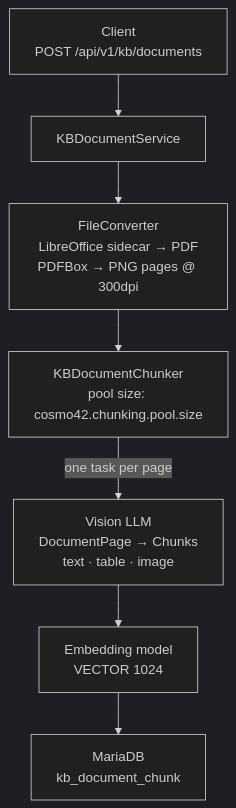
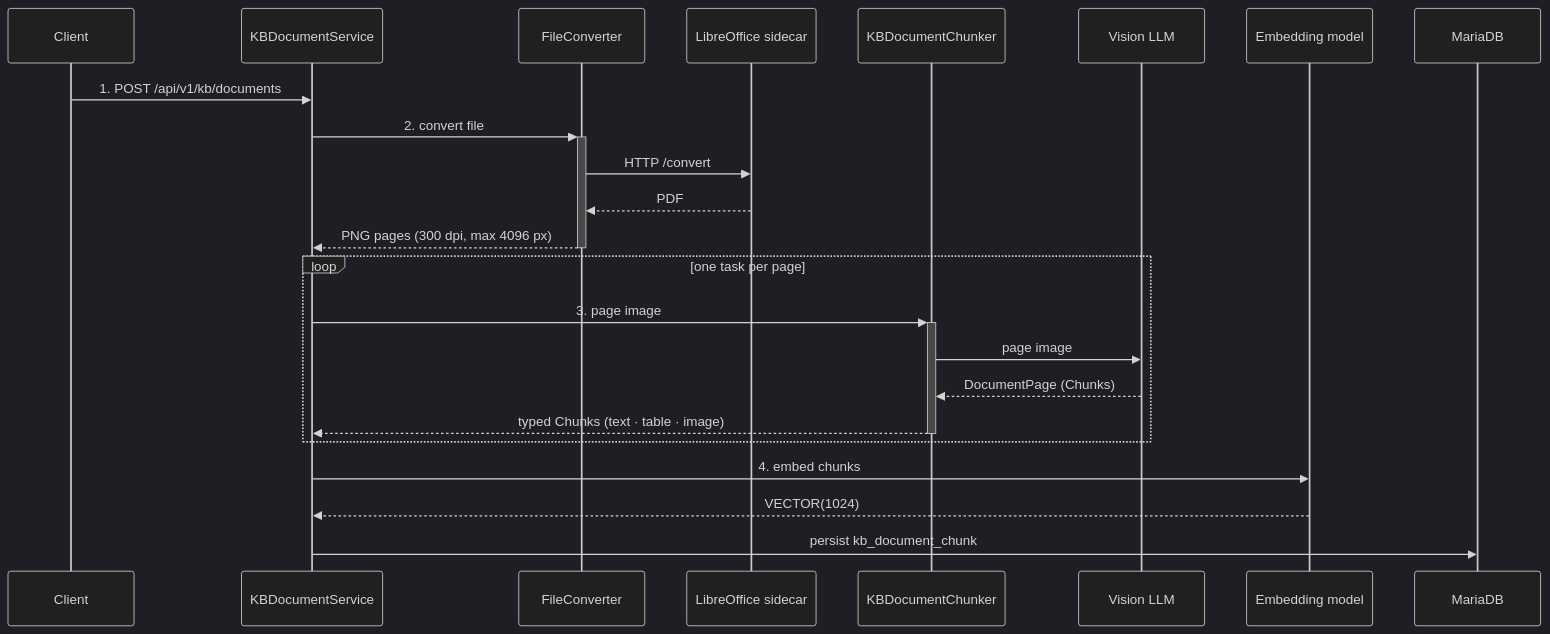
One commit to ExMachinaSAGL/cosmo42-open changed the second of 3 diagrams in docs/ARCHITECTURE.md. Above: the diagram before and after it, drawn with Mermaid (dark theme). The commit also changed other lines of this file and 4 other files, not shown here.

````diff
--- a/docs/ARCHITECTURE.md
+++ b/docs/ARCHITECTURE.md
@@ -24,9 +24,26 @@
 ```mermaid
-flowchart TD
-    A["Client\nPOST /api/v1/kb/documents"] --> B["KBDocumentService"]
-    B --> C["FileConverter\nLibreOffice sidecar → PDF\nPDFBox → PNG pages @ 300dpi"]
-    C --> D["KBDocumentChunker\npool size: cosmo42.chunking.pool.size"]
-    D -->|"one task per page"| E["Vision LLM\nDocumentPage → Chunks\ntext · table · image"]
-    E --> F["Embedding model\nVECTOR 1024"]
-    F --> G["MariaDB\nkb_document_chunk"]
+sequenceDiagram
+    participant C as Client
+    participant KS as KBDocumentService
+    participant FC as FileConverter
+    participant LO as LibreOffice sidecar
+    participant KC as KBDocumentChunker
+    participant LLM as Vision LLM
+    participant EM as Embedding model
+    participant DB as MariaDB
+
+    C->>KS: 1. POST /api/v1/kb/documents
+    KS->>+FC: 2. convert file
+    FC->>LO: HTTP /convert
+    LO-->>FC: PDF
+    FC-->>-KS: PNG pages (300 dpi, max 4096 px)
+    loop one task per page
+        KS->>+KC: 3. page image
+        KC->>LLM: page image
+        LLM-->>KC: DocumentPage (Chunks)
+        KC-->>-KS: typed Chunks (text · table · image)
+    end
+    KS->>EM: 4. embed chunks
+    EM-->>KS: VECTOR(1024)
+    KS->>DB: persist kb_document_chunk
 ```
````
